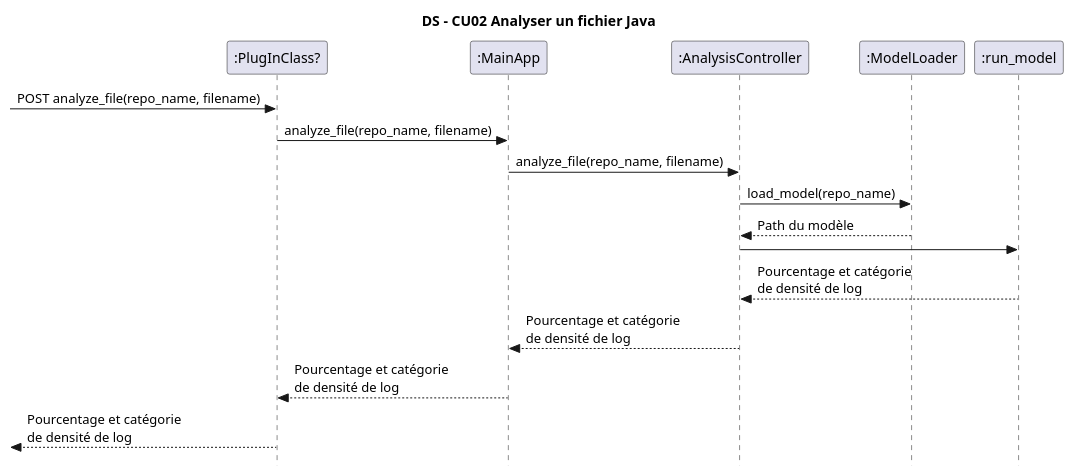
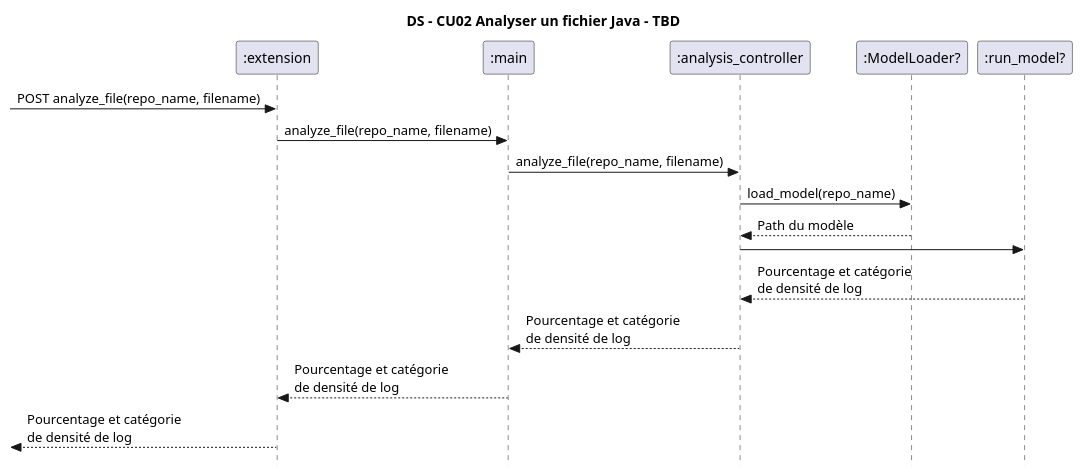
One commit to DaREf-MS/log-density-plugin changed the diagram in artifacts/ds_cu02.puml. Above: the diagram before and after it, drawn with PlantUML. The commit also changed 3 other files, not shown here.

Commit message:
Updated sequence and class diagrams

```diff
--- a/artifacts/ds_cu02.puml
+++ b/artifacts/ds_cu02.puml
@@ -1,25 +1,25 @@
 @startuml
-title DS - CU02 Analyser un fichier Java
+title DS - CU02 Analyser un fichier Java - TBD
 skinparam style strictuml
 
-participant ":PlugInClass?" as plugin
-participant ":MainApp" as main
-participant ":AnalysisController" as analysisController
-participant ":ModelLoader" as modelLoader
-participant ":run_model" as run_model
+participant ":extension" as extension
+participant ":main" as main
+participant ":analysis_controller" as analysis_controller
+participant ":ModelLoader?" as modelLoader
+participant ":run_model?" as run_model
 
--> plugin : POST analyze_file(repo_name, filename)
+-> extension : POST analyze_file(repo_name, filename)
 
-plugin -> main : analyze_file(repo_name, filename)
-main -> analysisController : analyze_file(repo_name, filename)
+extension -> main : analyze_file(repo_name, filename)
+main -> analysis_controller : analyze_file(repo_name, filename)
 
-analysisController -> modelLoader : load_model(repo_name)
-modelLoader --> analysisController : Path du modèle
+analysis_controller -> modelLoader : load_model(repo_name)
+modelLoader --> analysis_controller : Path du modèle
 
-analysisController -> run_model
+analysis_controller -> run_model
 
-run_model --> analysisController : Pourcentage et catégorie\nde densité de log
-analysisController --> main : Pourcentage et catégorie\nde densité de log
-main --> plugin : Pourcentage et catégorie\nde densité de log
-<-- plugin : Pourcentage et catégorie\nde densité de log
+run_model --> analysis_controller : Pourcentage et catégorie\nde densité de log
+analysis_controller --> main : Pourcentage et catégorie\nde densité de log
+main --> extension : Pourcentage et catégorie\nde densité de log
+<-- extension : Pourcentage et catégorie\nde densité de log
 @enduml
```
